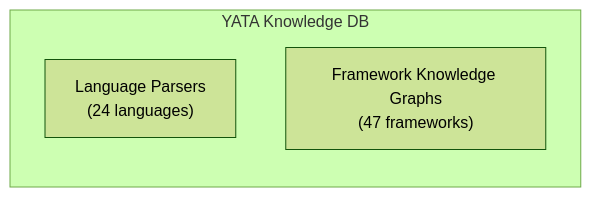
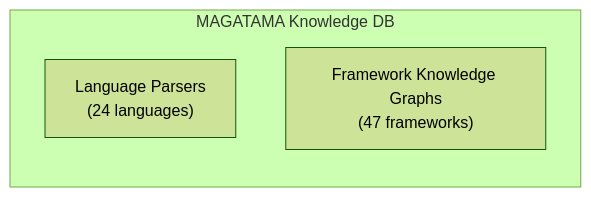
The diagram in docs/en/KNOWLEDGE_UPDATE_GUIDE.md (tsucky230/MAGATAMA), drawn with Mermaid (forest theme) before and after one commit. The commit also changed other lines of this file and 272 other files, not shown here.

First line of the commit message:
Rename YATA→MAGATAMA, fix MCP bugs, reach 80% coverage, harden CI

````diff
--- a/docs/en/KNOWLEDGE_UPDATE_GUIDE.md
+++ b/docs/en/KNOWLEDGE_UPDATE_GUIDE.md
@@ -29,7 +30,7 @@
 ```mermaid
 flowchart LR
-    subgraph DB["YATA Knowledge DB"]
+    subgraph DB["MAGATAMA Knowledge DB"]
         LP["Language Parsers<br/>(24 languages)"]
         FKG["Framework Knowledge Graphs<br/>(47 frameworks)"]
     end
 ```
````
